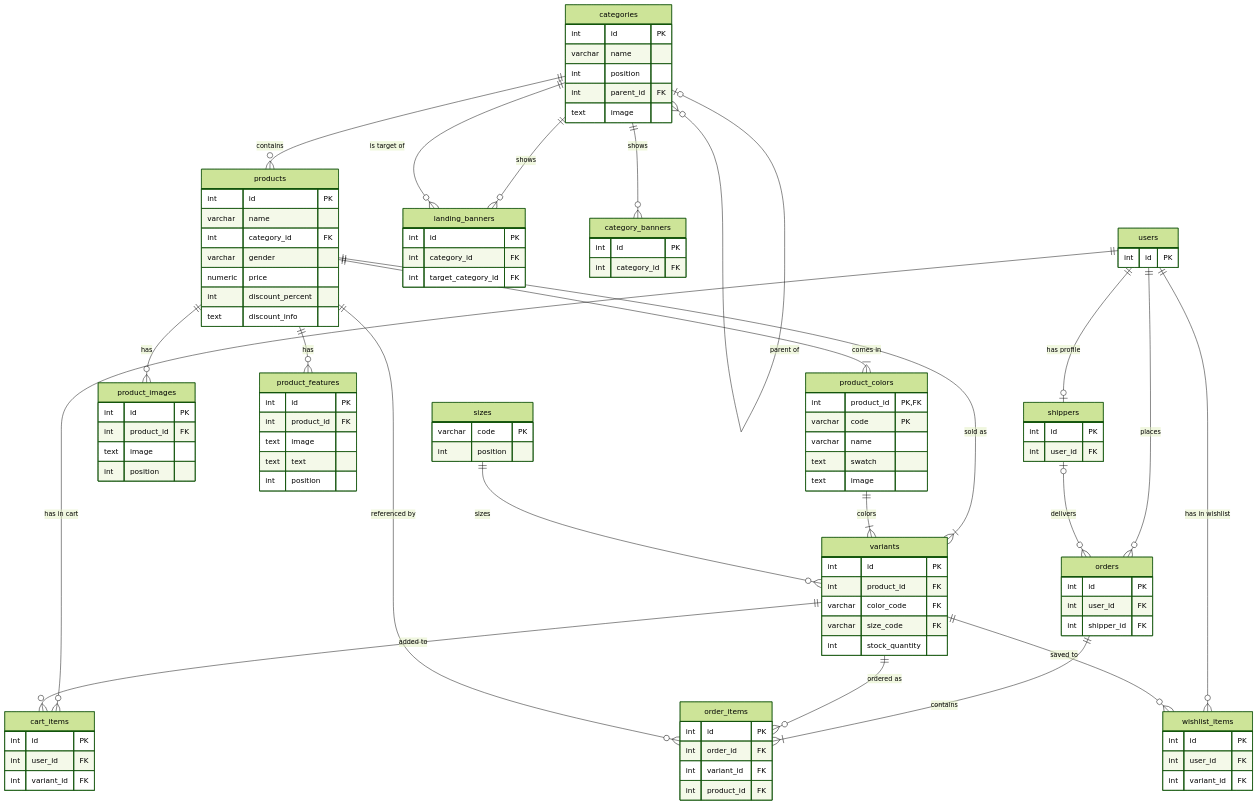
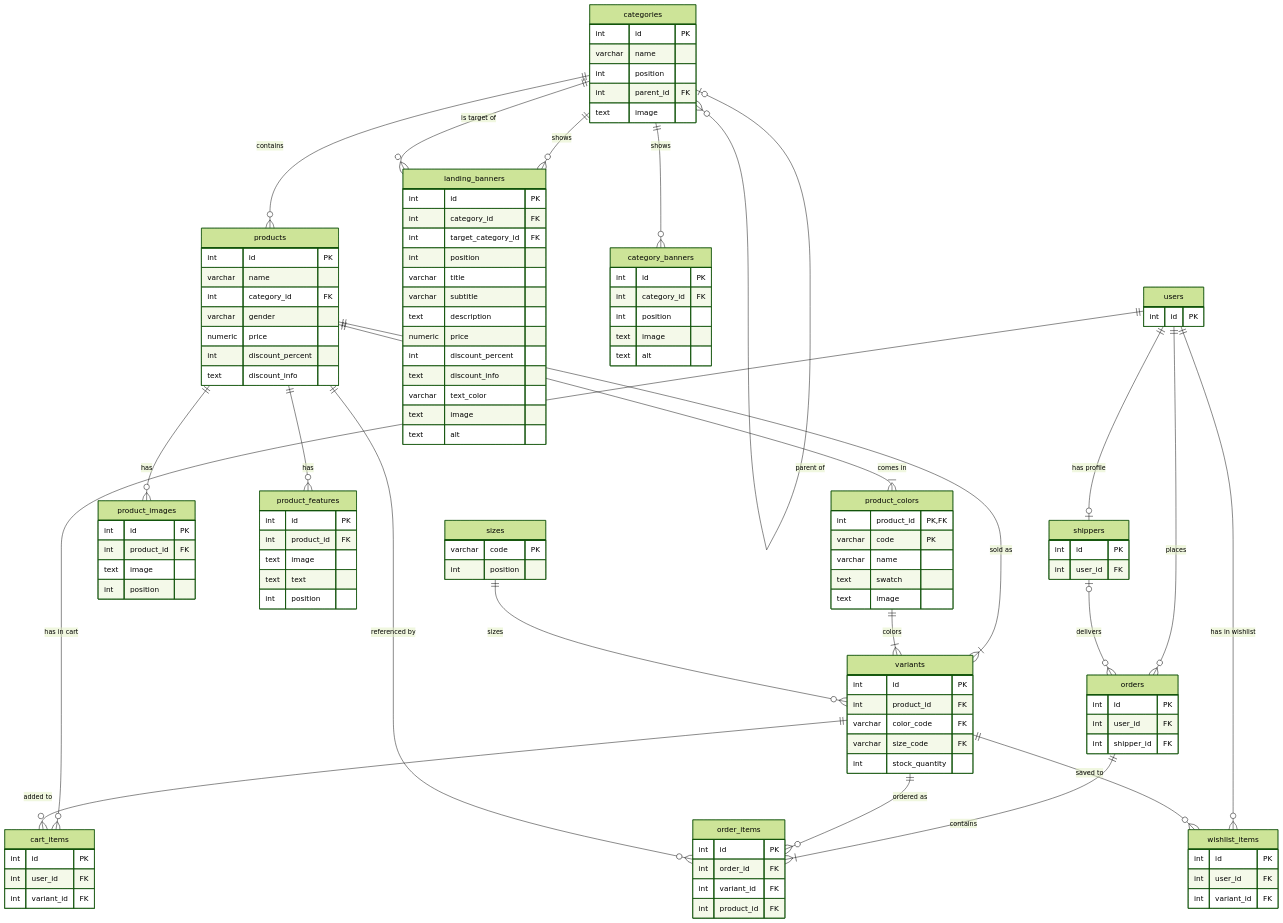
Before and after one commit to BaoLong294/ecom-oms: the diagram in docs/erd.md, drawn with Mermaid (forest theme).

Commit message:
docs: add banner columns to the ERD
- List every column of landing_banners and category_banners.

```diff
--- a/docs/erd.md
+++ b/docs/erd.md
@@ -91,10 +91,23 @@
         int id PK
         int category_id FK
         int target_category_id FK
+        int position
+        varchar title
+        varchar subtitle
+        text description
+        numeric price
+        int discount_percent
+        text discount_info
+        varchar text_color
+        text image
+        text alt
     }
     category_banners {
         int id PK
         int category_id FK
+        int position
+        text image
+        text alt
     }
 
     %% User tables
```
